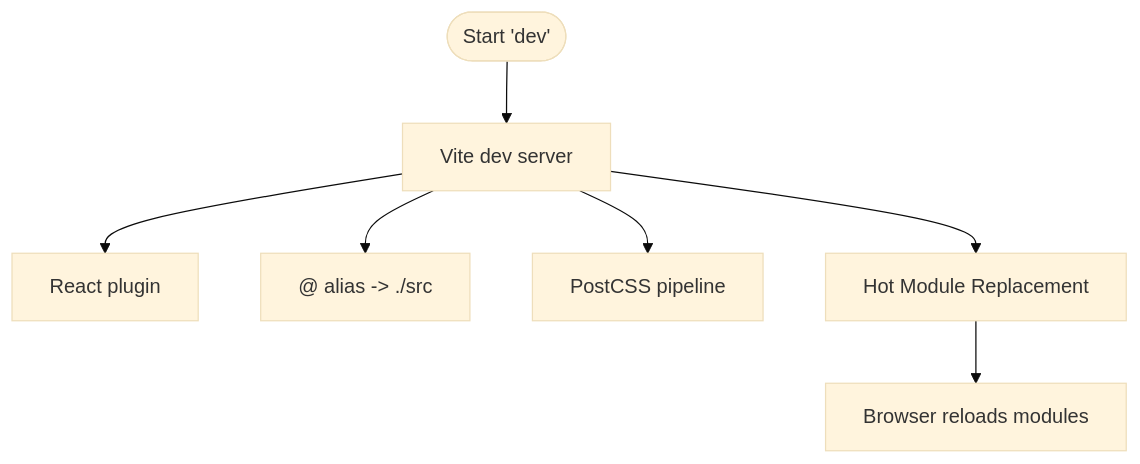
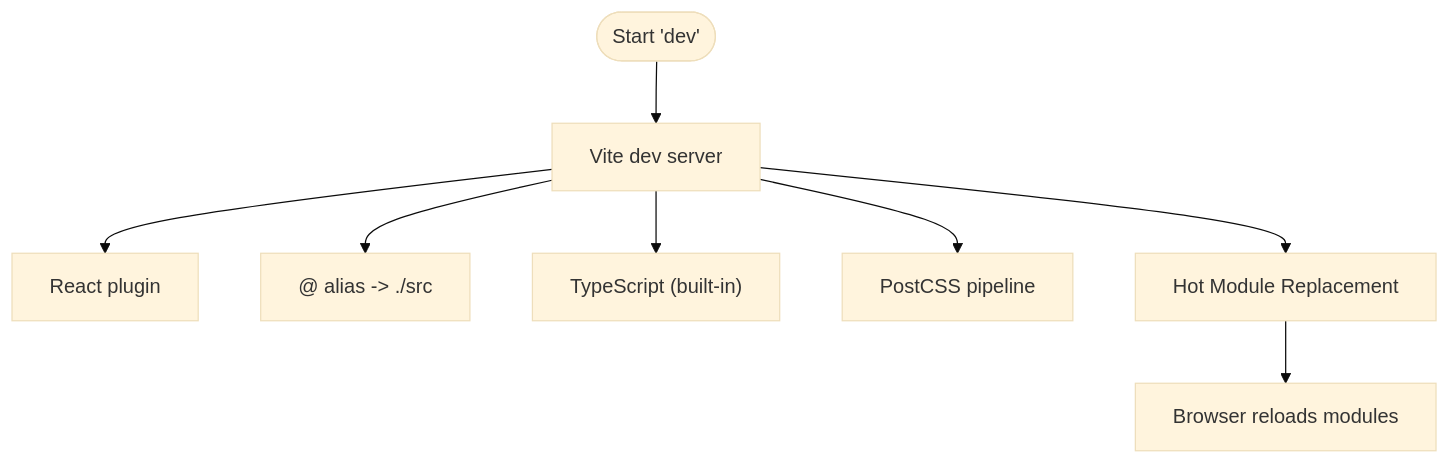
The third of 9 diagrams in .qoder/repowiki/en/content/Configuration & Build System/Configuration & Build System.md (MudassarAbrar/FreshRoute-Ai), drawn with Mermaid (base theme) before and after one commit. The commit also changed other lines of this file and 10 other files, not shown here.

````diff
--- a/.qoder/repowiki/en/content/Configuration & Build System/Configuration & Build System.md
+++ b/.qoder/repowiki/en/content/Configuration & Build System/Configuration & Build System.md
@@ -123,9 +134,10 @@
 ```mermaid
 flowchart TD
 Start(["Start 'dev'"]) --> Vite["Vite dev server"]
 Vite --> React["React plugin"]
 Vite --> Alias["@ alias -> ./src"]
+Vite --> TS["TypeScript (built-in)"]
 Vite --> CSS["PostCSS pipeline"]
 Vite --> HMR["Hot Module Replacement"]
 HMR --> Browser["Browser reloads modules"]
 ```
````
